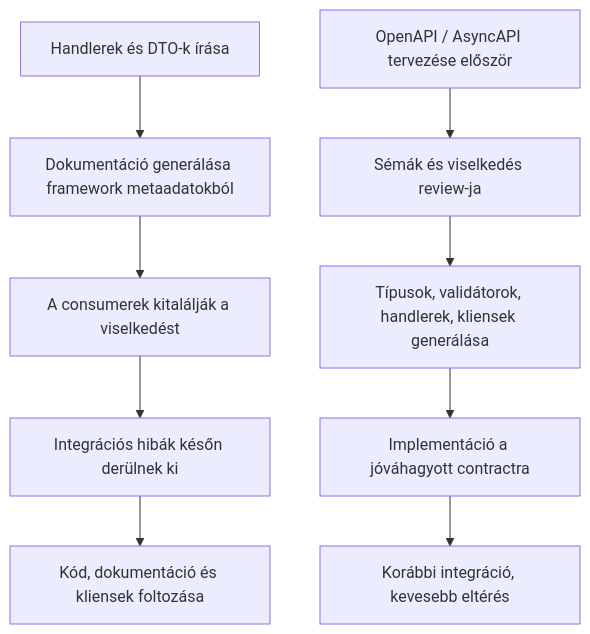
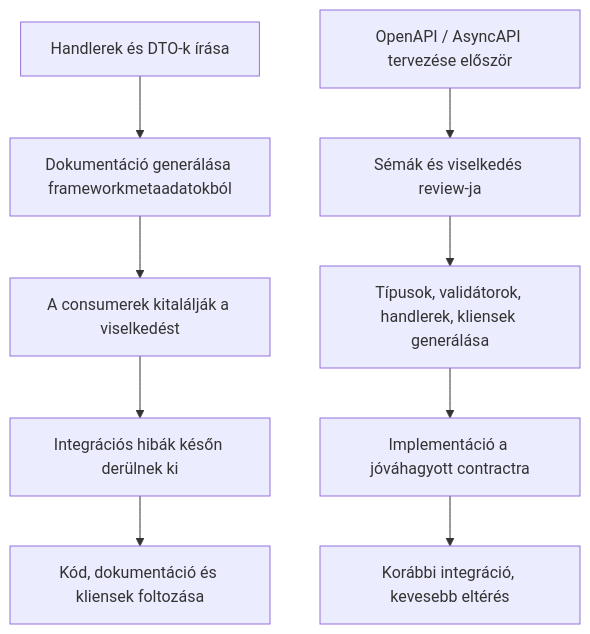
Before and after one commit to monad-systems/monad.hu: the first of 3 diagrams in posts/hu/contract-first-json-schema.md, drawn with Mermaid. The commit also changed other lines of this file and 8 other files, not shown here.

````diff
--- a/posts/hu/contract-first-json-schema.md
+++ b/posts/hu/contract-first-json-schema.md
@@ -73,12 +73,12 @@
 ```mermaid
 flowchart TD
-    A[Handlerek és DTO-k írása] --> B[Dokumentáció generálása framework metaadatokból]
+    A[Handlerek és DTO-k írása] --> B[Dokumentáció generálása frameworkmetaadatokból]
     B --> C[A consumerek kitalálják a viselkedést]
     C --> D[Integrációs hibák későn derülnek ki]
     D --> E[Kód, dokumentáció és kliensek foltozása]
 
     F[OpenAPI / AsyncAPI tervezése először] --> G[Sémák és viselkedés review-ja]
     G --> H[Típusok, validátorok, handlerek, kliensek generálása]
     H --> I[Implementáció a jóváhagyott contractra]
     I --> J[Korábbi integráció, kevesebb eltérés]
 ```
````
